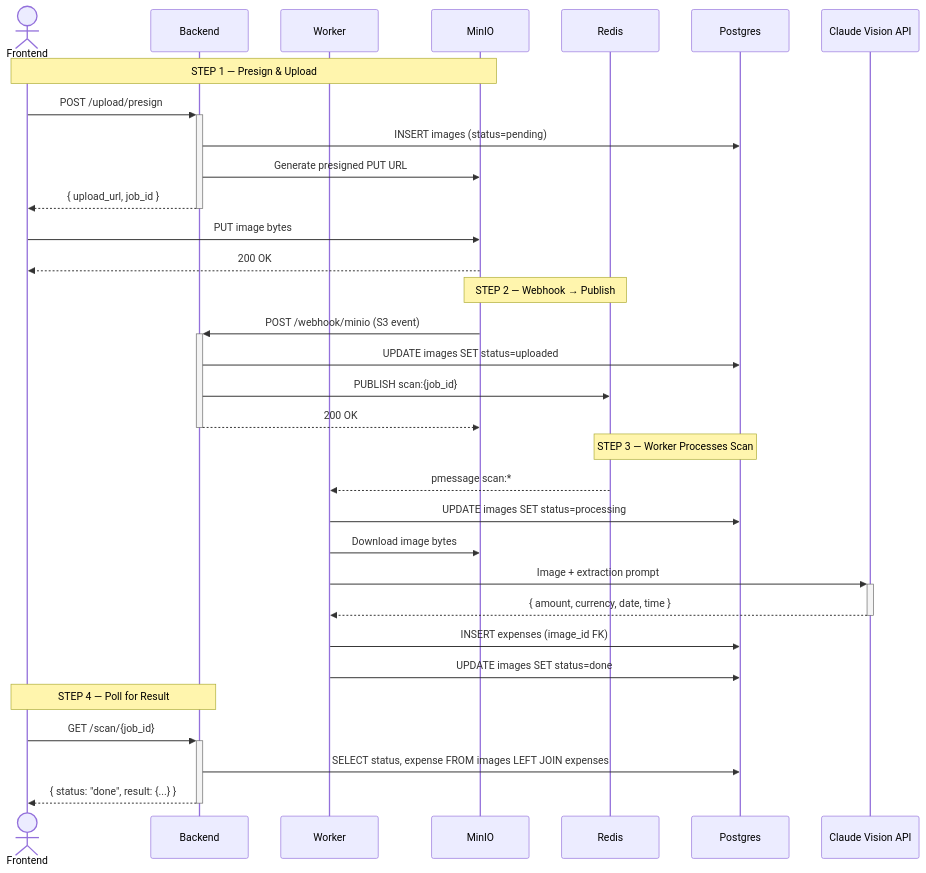
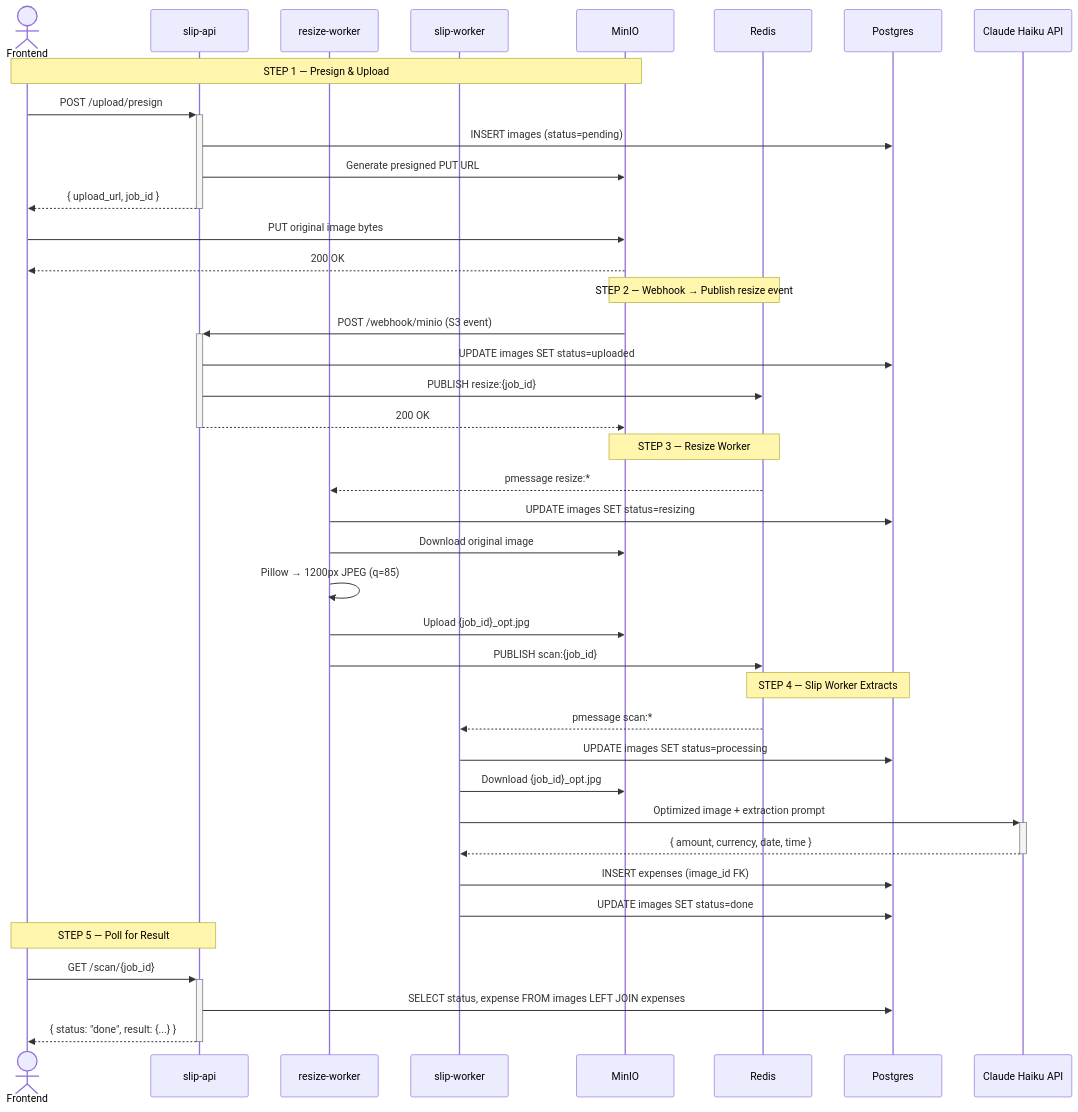
One commit to monkey-mode/woofjot changed the diagram in README.md. Above: the diagram before and after it, drawn with Mermaid. The commit also changed other lines of this file, not shown here.

Commit message:
docs: update sequence diagram and README for microservice architecture

````diff
--- a/README.md
+++ b/README.md
@@ -30,38 +33,47 @@
 ```mermaid
 sequenceDiagram
     actor Frontend
-    participant Backend
-    participant Worker
+    participant SlipAPI as slip-api
+    participant ResizeWorker as resize-worker
+    participant SlipWorker as slip-worker
     participant MinIO
     participant Redis
     participant Postgres
-    participant Claude as Claude Vision API
+    participant Claude as Claude Haiku API
 
     Note over Frontend,MinIO: STEP 1 — Presign & Upload
-    Frontend->>+Backend: POST /upload/presign
-    Backend->>Postgres: INSERT images (status=pending)
-    Backend->>MinIO: Generate presigned PUT URL
-    Backend-->>-Frontend: { upload_url, job_id }
-    Frontend->>MinIO: PUT image bytes
+    Frontend->>+SlipAPI: POST /upload/presign
+    SlipAPI->>Postgres: INSERT images (status=pending)
+    SlipAPI->>MinIO: Generate presigned PUT URL
+    SlipAPI-->>-Frontend: { upload_url, job_id }
+    Frontend->>MinIO: PUT original image bytes
     MinIO-->>Frontend: 200 OK
 
-    Note over MinIO,Redis: STEP 2 — Webhook → Publish
-    MinIO->>+Backend: POST /webhook/minio (S3 event)
-    Backend->>Postgres: UPDATE images SET status=uploaded
-    Backend->>Redis: PUBLISH scan:{job_id}
-    Backend-->>-MinIO: 200 OK
+    Note over MinIO,Redis: STEP 2 — Webhook → Publish resize event
+    MinIO->>+SlipAPI: POST /webhook/minio (S3 event)
+    SlipAPI->>Postgres: UPDATE images SET status=uploaded
+    SlipAPI->>Redis: PUBLISH resize:{job_id}
+    SlipAPI-->>-MinIO: 200 OK
 
-    Note over Redis,Postgres: STEP 3 — Worker Processes Scan
-    Redis-->>Worker: pmessage scan:*
-    Worker->>Postgres: UPDATE images SET status=processing
-    Worker->>MinIO: Download image bytes
-    Worker->>+Claude: Image + extraction prompt
-    Claude-->>-Worker: { amount, currency, date, time }
-    Worker->>Postgres: INSERT expenses (image_id FK)
-    Worker->>Postgres: UPDATE images SET status=done
+    Note over Redis,MinIO: STEP 3 — Resize Worker
+    Redis-->>ResizeWorker: pmessage resize:*
+    ResizeWorker->>Postgres: UPDATE images SET status=resizing
+    ResizeWorker->>MinIO: Download original image
+    ResizeWorker->>ResizeWorker: Pillow → 1200px JPEG (q=85)
+    ResizeWorker->>MinIO: Upload {job_id}_opt.jpg
+    ResizeWorker->>Redis: PUBLISH scan:{job_id}
 
-    Note over Frontend,Backend: STEP 4 — Poll for Result
-    Frontend->>+Backend: GET /scan/{job_id}
-    Backend->>Postgres: SELECT status, expense FROM images LEFT JOIN expenses
-    Backend-->>-Frontend: { status: "done", result: {...} }
+    Note over Redis,Postgres: STEP 4 — Slip Worker Extracts
+    Redis-->>SlipWorker: pmessage scan:*
+    SlipWorker->>Postgres: UPDATE images SET status=processing
+    SlipWorker->>MinIO: Download {job_id}_opt.jpg
+    SlipWorker->>+Claude: Optimized image + extraction prompt
+    Claude-->>-SlipWorker: { amount, currency, date, time }
+    SlipWorker->>Postgres: INSERT expenses (image_id FK)
+    SlipWorker->>Postgres: UPDATE images SET status=done
+
+    Note over Frontend,SlipAPI: STEP 5 — Poll for Result
+    Frontend->>+SlipAPI: GET /scan/{job_id}
+    SlipAPI->>Postgres: SELECT status, expense FROM images LEFT JOIN expenses
+    SlipAPI-->>-Frontend: { status: "done", result: {...} }
 ```
````
